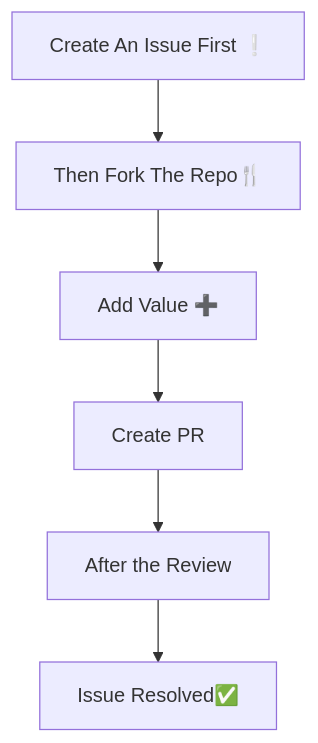
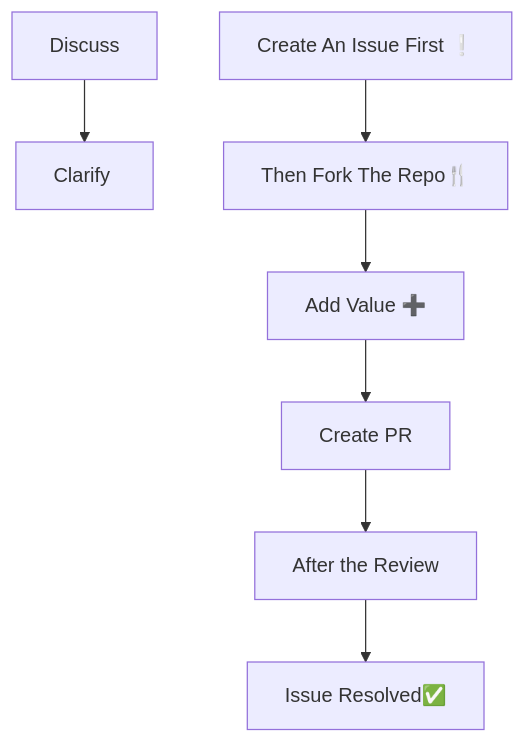
One commit to PragadeeshM1608/Discrete-Mathematics-and-Its-Applications changed the diagram in CONTRIBUTING.md. Above: the diagram before and after it, drawn with Mermaid. The commit also changed 1 other file, not shown here.

````diff
--- a/CONTRIBUTING.md
+++ b/CONTRIBUTING.md
@@ -10,4 +10,5 @@
 ```mermaid
 graph TD
+Discuss --> Clarify&nbsp;
 Issue[Create An Issue First ❕] --> Fork[Then Fork The Repo🍴] --> Value[Add Value ➕] --> Pr[Create PR] --> Review[After the Review] --> Done[Issue Resolved✅]
 ```
````
